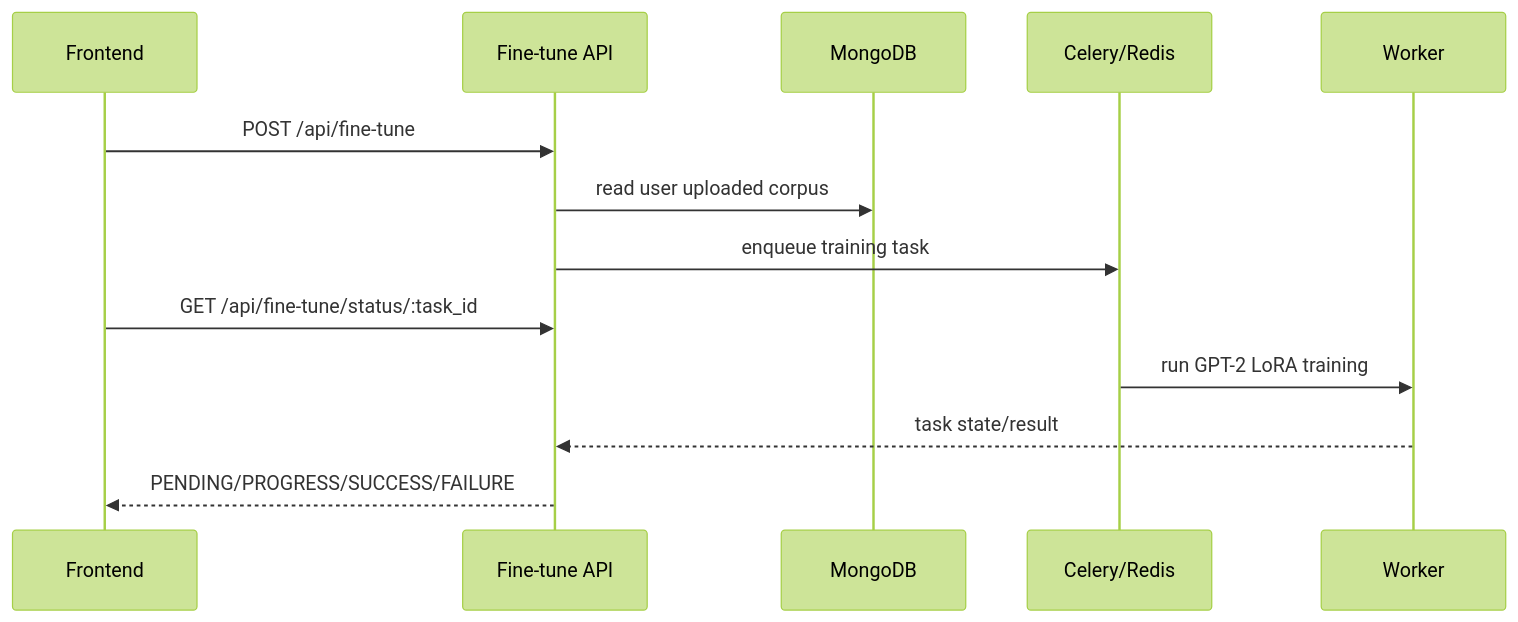
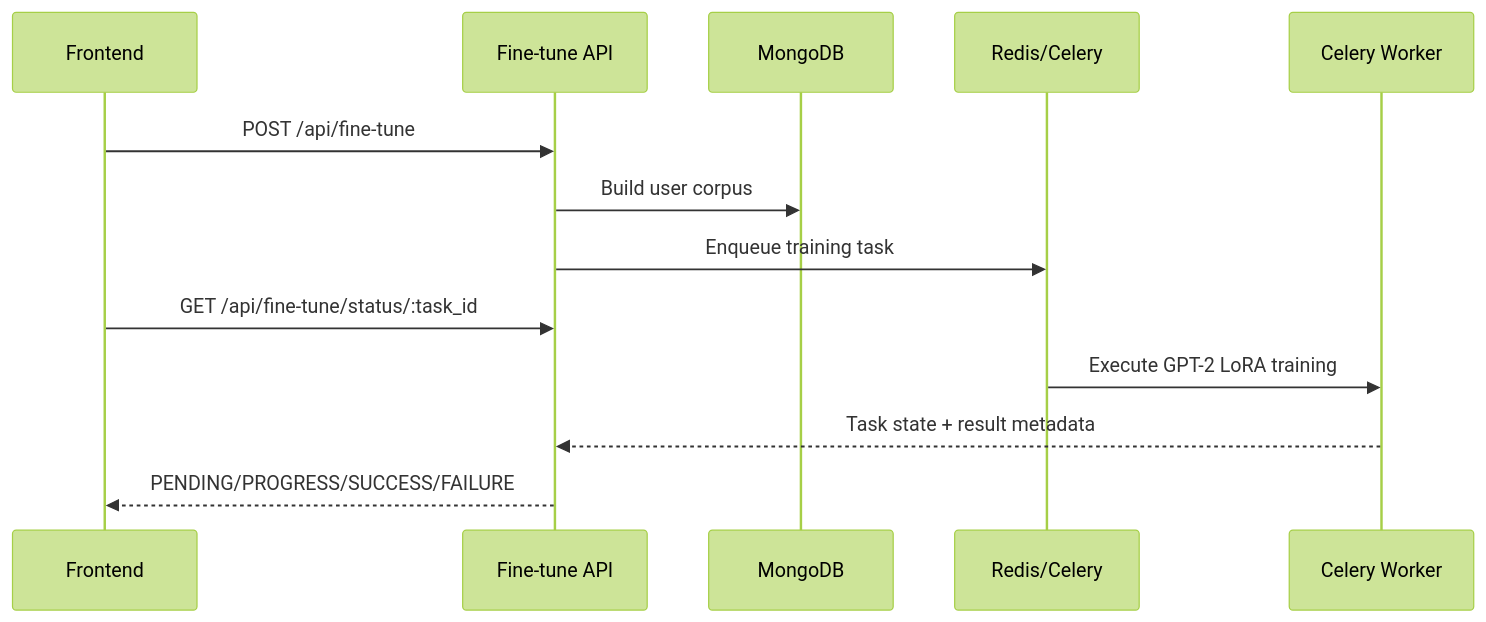
Before and after one commit to haseebraza715/EngageMind: the third of 3 diagrams in engagemind-rag/ARCHITECTURE.md, drawn with Mermaid (forest theme). The commit also changed other lines of this file and 3 other files, not shown here.

Commit message:
docs: expand runbooks and architecture guides

````diff
--- a/engagemind-rag/ARCHITECTURE.md
+++ b/engagemind-rag/ARCHITECTURE.md
@@ -44,16 +72,16 @@
 ```mermaid
 sequenceDiagram
   participant FE as Frontend
   participant FT as Fine-tune API
   participant DB as MongoDB
-  participant Q as Celery/Redis
-  participant W as Worker
+  participant Q as Redis/Celery
+  participant CW as Celery Worker
 
   FE->>FT: POST /api/fine-tune
-  FT->>DB: read user uploaded corpus
-  FT->>Q: enqueue training task
+  FT->>DB: Build user corpus
+  FT->>Q: Enqueue training task
   FE->>FT: GET /api/fine-tune/status/:task_id
-  Q->>W: run GPT-2 LoRA training
-  W-->>FT: task state/result
+  Q->>CW: Execute GPT-2 LoRA training
+  CW-->>FT: Task state + result metadata
   FT-->>FE: PENDING/PROGRESS/SUCCESS/FAILURE
 ```
````
